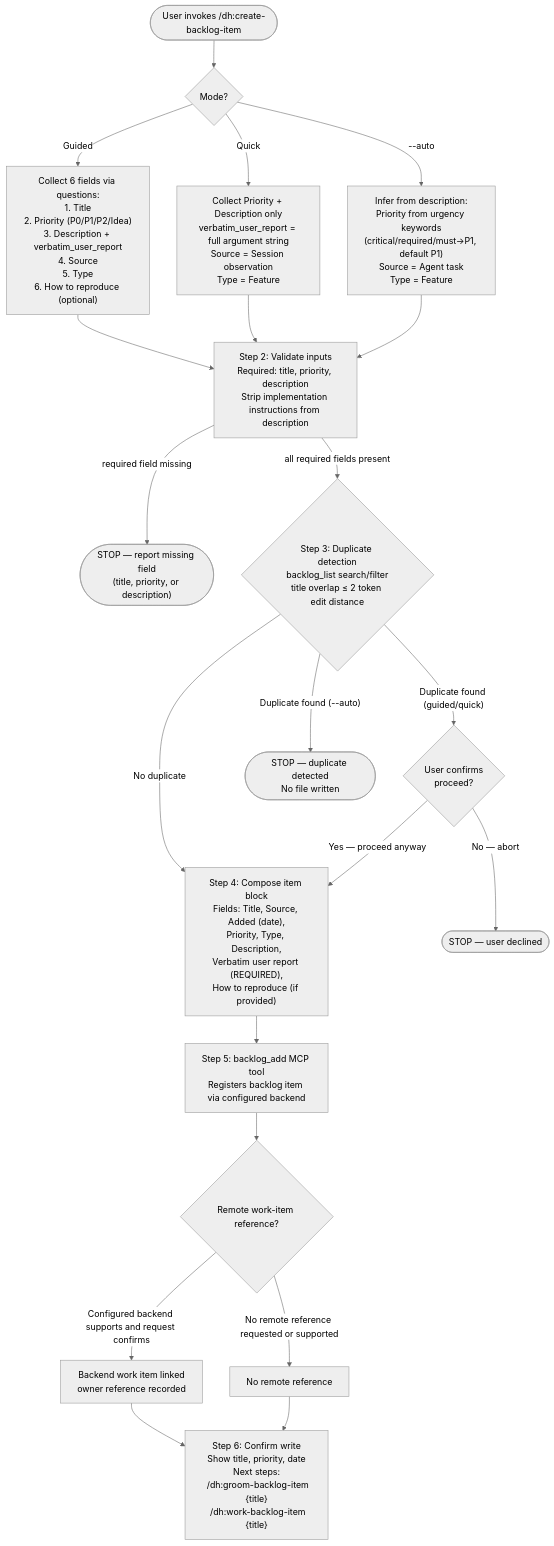
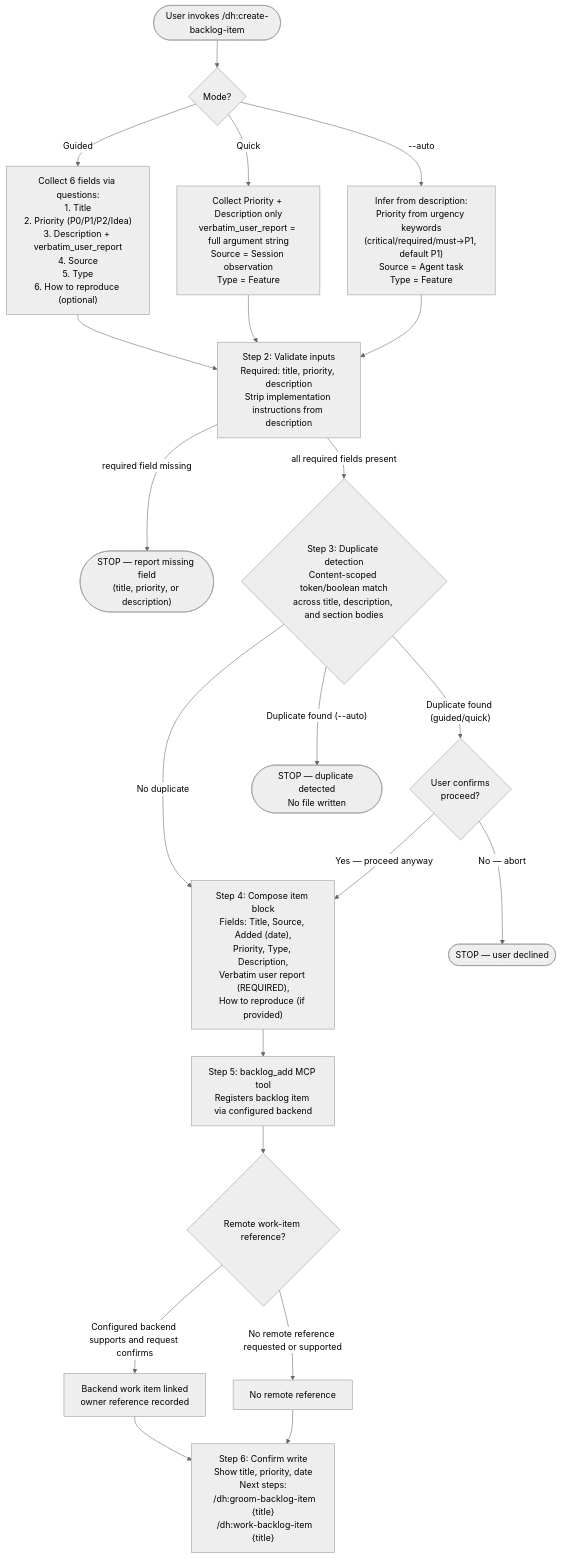
The second of 8 diagrams in plugins/development-harness/docs/backlog-item-lifecycle.md (Jamie-BitFlight/claude_skills), drawn with Mermaid (neutral theme) before and after one commit. The commit also changed other lines of this file and 23 other files, not shown here.

````diff
--- a/plugins/development-harness/docs/backlog-item-lifecycle.md
+++ b/plugins/development-harness/docs/backlog-item-lifecycle.md
@@ -114,29 +114,29 @@
 ```mermaid
 flowchart TD
     P1_START([User invokes /dh:create-backlog-item]) --> P1_MODE{Mode?}
     P1_MODE -->|Guided| P1_COLLECT_GUIDED["Collect 6 fields via questions:<br>1. Title<br>2. Priority (P0/P1/P2/Idea)<br>3. Description + verbatim_user_report<br>4. Source<br>5. Type<br>6. How to reproduce (optional)"]
     P1_MODE -->|Quick| P1_COLLECT_QUICK["Collect Priority + Description only<br>verbatim_user_report = full argument string<br>Source = Session observation<br>Type = Feature"]
     P1_MODE -->|--auto| P1_COLLECT_AUTO["Infer from description:<br>Priority from urgency keywords<br>(critical/required/must→P1, default P1)<br>Source = Agent task<br>Type = Feature"]
 
     P1_COLLECT_GUIDED --> P1_VALIDATE["Step 2: Validate inputs<br>Required: title, priority, description<br>Strip implementation instructions from description"]
     P1_COLLECT_QUICK --> P1_VALIDATE
     P1_COLLECT_AUTO --> P1_VALIDATE
 
     P1_VALIDATE -->|"required field missing"| P1_STOP_INVALID(["STOP — report missing field<br>(title, priority, or description)"])
-    P1_VALIDATE -->|"all required fields present"| P1_DEDUP{"Step 3: Duplicate detection<br>backlog_list search/filter<br>title overlap ≤ 2 token edit distance"}
+    P1_VALIDATE -->|"all required fields present"| P1_DEDUP{"Step 3: Duplicate detection<br>Content-scoped token/boolean match<br>across title, description, and section bodies"}
     P1_DEDUP -->|"Duplicate found (guided/quick)"| P1_CONFIRM{"User confirms<br>proceed?"}
     P1_DEDUP -->|"Duplicate found (--auto)"| P1_STOP_DUP(["STOP — duplicate detected<br>No file written"])
     P1_DEDUP -->|No duplicate| P1_COMPOSE
     P1_CONFIRM -->|"No — abort"| P1_STOP_DECLINE(["STOP — user declined"])
     P1_CONFIRM -->|"Yes — proceed anyway"| P1_COMPOSE
 
     P1_COMPOSE["Step 4: Compose item block<br>Fields: Title, Source, Added (date),<br>Priority, Type, Description,<br>Verbatim user report (REQUIRED),<br>How to reproduce (if provided)"]
     P1_COMPOSE --> P1_ADD["Step 5: backlog_add MCP tool<br>Registers backlog item via configured backend"]
 
     P1_ADD --> P1_ISSUE{"Remote work-item reference?"}
     P1_ISSUE -->|"Configured backend supports and request confirms"| P1_GH_CREATE["Backend work item linked<br>owner reference recorded"]
     P1_ISSUE -->|"No remote reference requested or supported"| P1_NO_GH["No remote reference"]
 
     P1_GH_CREATE --> P1_DONE["Step 6: Confirm write<br>Show title, priority, date<br>Next steps:<br>  /dh:groom-backlog-item {title}<br>  /dh:work-backlog-item {title}"]
     P1_NO_GH --> P1_DONE
 ```
````
